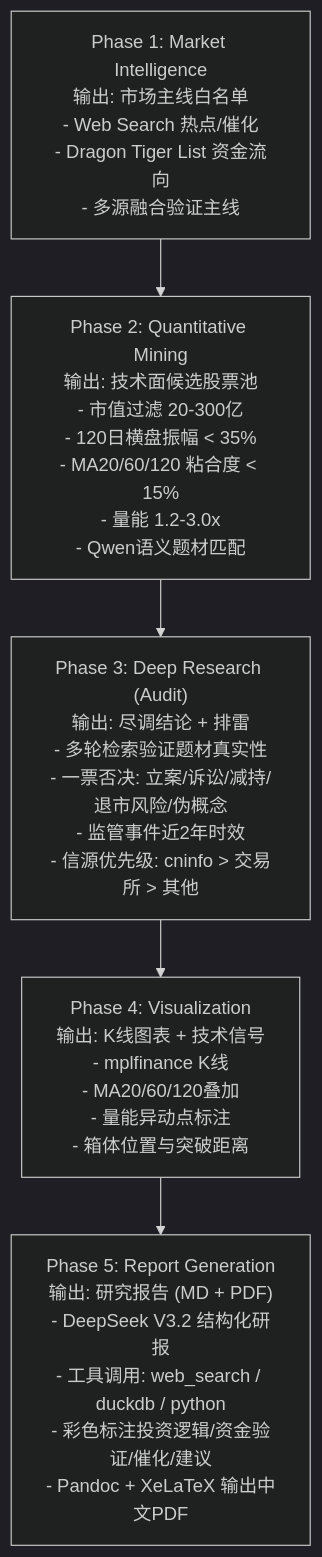
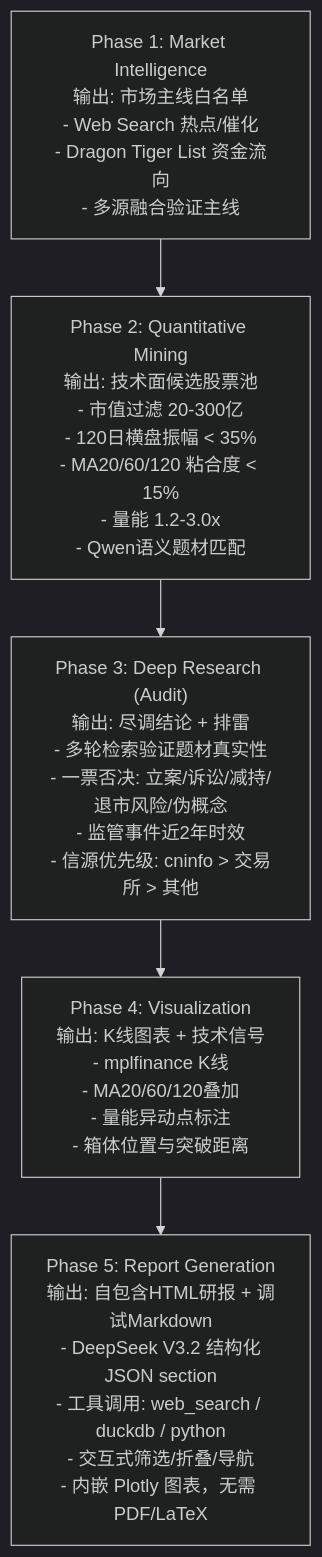
The diagram in README.md (hb4ch/trend-agent), drawn with Mermaid (dark theme) before and after one commit. The commit also changed other lines of this file and 3 other files, not shown here.

````diff
--- a/README.md
+++ b/README.md
@@ -19,10 +19,10 @@
 ```mermaid
 flowchart TD
     P1["Phase 1: Market Intelligence<br/>输出: 市场主线白名单<br/>- Web Search 热点/催化<br/>- Dragon Tiger List 资金流向<br/>- 多源融合验证主线"]
     P2["Phase 2: Quantitative Mining<br/>输出: 技术面候选股票池<br/>- 市值过滤 20-300亿<br/>- 120日横盘振幅 < 35%<br/>- MA20/60/120 粘合度 < 15%<br/>- 量能 1.2-3.0x<br/>- Qwen语义题材匹配"]
     P3["Phase 3: Deep Research (Audit)<br/>输出: 尽调结论 + 排雷<br/>- 多轮检索验证题材真实性<br/>- 一票否决: 立案/诉讼/减持/退市风险/伪概念<br/>- 监管事件近2年时效<br/>- 信源优先级: cninfo > 交易所 > 其他"]
     P4["Phase 4: Visualization<br/>输出: K线图表 + 技术信号<br/>- mplfinance K线<br/>- MA20/60/120叠加<br/>- 量能异动点标注<br/>- 箱体位置与突破距离"]
-    P5["Phase 5: Report Generation<br/>输出: 研究报告 (MD + PDF)<br/>- DeepSeek V3.2 结构化研报<br/>- 工具调用: web_search / duckdb / python<br/>- 彩色标注投资逻辑/资金验证/催化/建议<br/>- Pandoc + XeLaTeX 输出中文PDF"]
+    P5["Phase 5: Report Generation<br/>输出: 自包含HTML研报 + 调试Markdown<br/>- DeepSeek V3.2 结构化JSON section<br/>- 工具调用: web_search / duckdb / python<br/>- 交互式筛选/折叠/导航<br/>- 内嵌 Plotly 图表，无需 PDF/LaTeX"]
 
     P1 --> P2 --> P3 --> P4 --> P5
 ```
````
